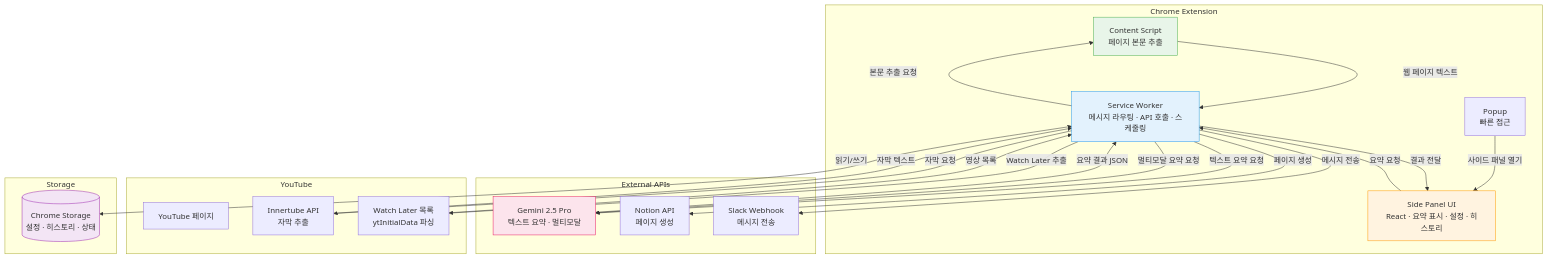
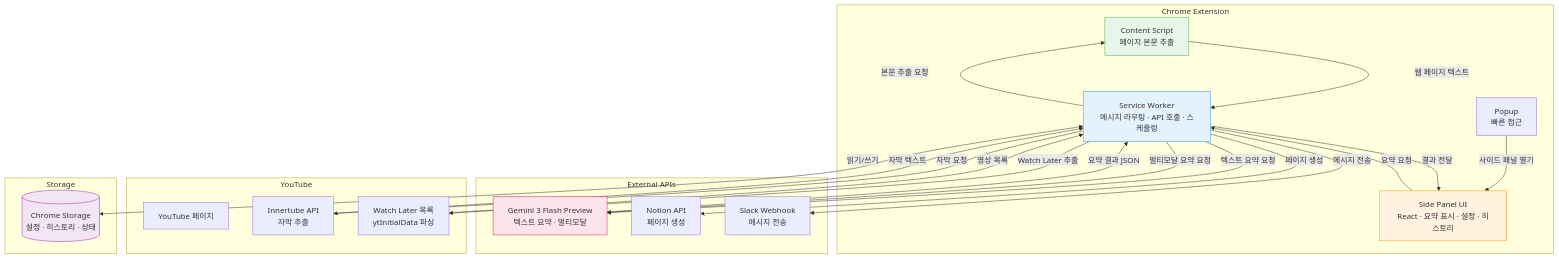
One commit to fox5t4r/see-you-later changed the first of 3 diagrams in README.md. Above: the diagram before and after it, drawn with Mermaid. The commit also changed other lines of this file and 6 other files, not shown here.

First line of the commit message:
feat: migrate to Gemini 3 Flash Preview and bump version to v0.2.11

````diff
--- a/README.md
+++ b/README.md
@@ -199,47 +199,47 @@
 ```mermaid
 graph TB
     subgraph Chrome Extension
         CP[Content Script<br/>페이지 본문 추출]
         SW[Service Worker<br/>메시지 라우팅 · API 호출 · 스케줄링]
         SP[Side Panel UI<br/>React · 요약 표시 · 설정 · 히스토리]
         PU[Popup<br/>빠른 접근]
     end
 
     subgraph External APIs
-        GM[Gemini 2.5 Pro<br/>텍스트 요약 · 멀티모달]
+        GM[Gemini 3 Flash Preview<br/>텍스트 요약 · 멀티모달]
         NT[Notion API<br/>페이지 생성]
         SL[Slack Webhook<br/>메시지 전송]
     end
 
     subgraph YouTube
         YT[YouTube 페이지]
         IT[Innertube API<br/>자막 추출]
         WL[Watch Later 목록<br/>ytInitialData 파싱]
     end
 
     subgraph Storage
         CS[(Chrome Storage<br/>설정 · 히스토리 · 상태)]
     end
 
     PU -->|사이드 패널 열기| SP
     SP -->|요약 요청| SW
     SW -->|본문 추출 요청| CP
     CP -->|웹 페이지 텍스트| SW
     SW -->|자막 요청| IT
     IT -->|자막 텍스트| SW
     SW -->|Watch Later 추출| WL
     WL -->|영상 목록| SW
     SW -->|텍스트 요약 요청| GM
     SW -->|멀티모달 요약 요청| GM
     GM -->|요약 결과 JSON| SW
     SW -->|결과 전달| SP
     SW -->|페이지 생성| NT
     SW -->|메시지 전송| SL
     SW <-->|읽기/쓰기| CS
 
     style CP fill:#e8f5e9,stroke:#4caf50
     style SW fill:#e3f2fd,stroke:#2196f3
     style SP fill:#fff3e0,stroke:#ff9800
     style GM fill:#fce4ec,stroke:#e91e63
     style CS fill:#f3e5f5,stroke:#9c27b0
 ```
````
